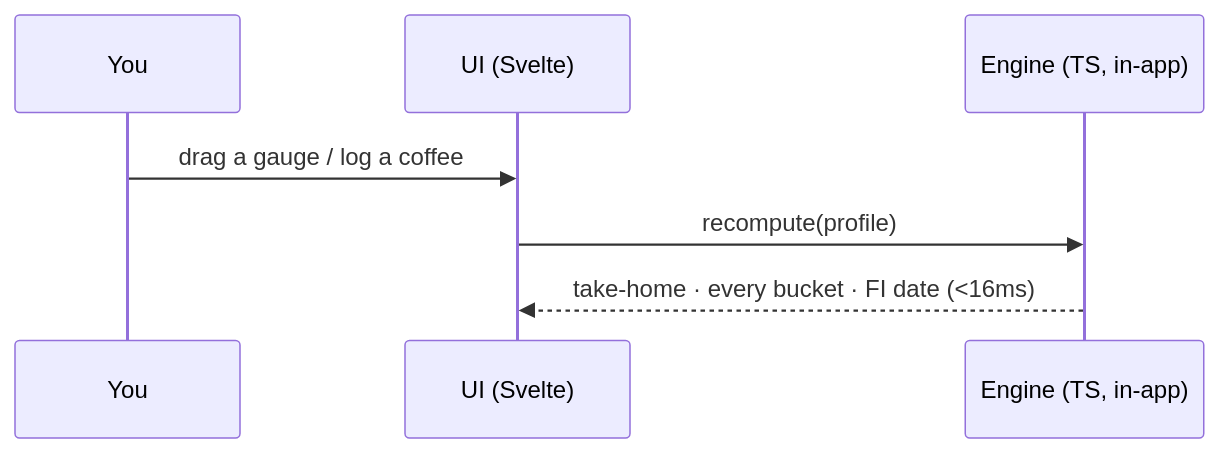
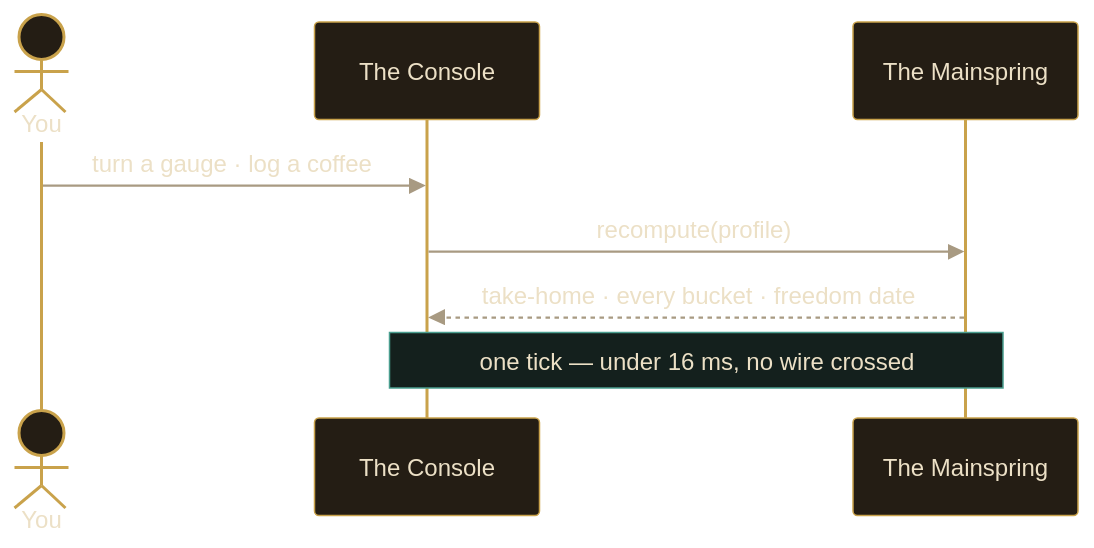
Before and after one commit to skazler/mainspring: the second of 2 diagrams in README.md, drawn with Mermaid. The commit also changed other lines of this file and 1 other file, not shown here.

First line of the commit message:
docs: steampunk-themed README — drop "retire early", cleaner diagrams, assets/

````diff
--- a/README.md
+++ b/README.md
@@ -44,9 +54,11 @@
 ```mermaid
+%%{init: {'theme':'base','themeVariables':{'fontFamily':'Georgia, serif','actorBkg':'#241d14','actorBorder':'#c9a24b','actorTextColor':'#ece0c6','signalColor':'#a89a82','signalTextColor':'#ece0c6','noteBkgColor':'#14201d','noteBorderColor':'#4a9e8f','noteTextColor':'#ece0c6'}}}%%
 sequenceDiagram
-    participant You
-    participant App as UI (Svelte)
-    participant Engine as Engine (TS, in-app)
-    You->>App: drag a gauge / log a coffee
-    App->>Engine: recompute(profile)
-    Engine-->>App: take-home · every bucket · FI date (<16ms)
+    actor You
+    participant C as The Console
+    participant M as The Mainspring
+    You->>C: turn a gauge · log a coffee
+    C->>M: recompute(profile)
+    M-->>C: take-home · every bucket · freedom date
+    Note over C,M: one tick — under 16 ms, no wire crossed
 ```
````
